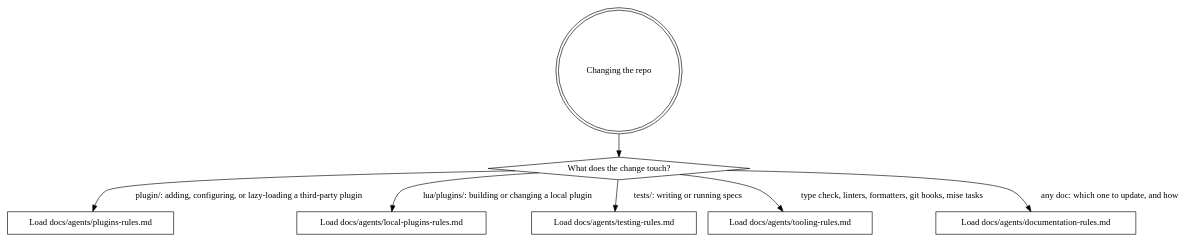
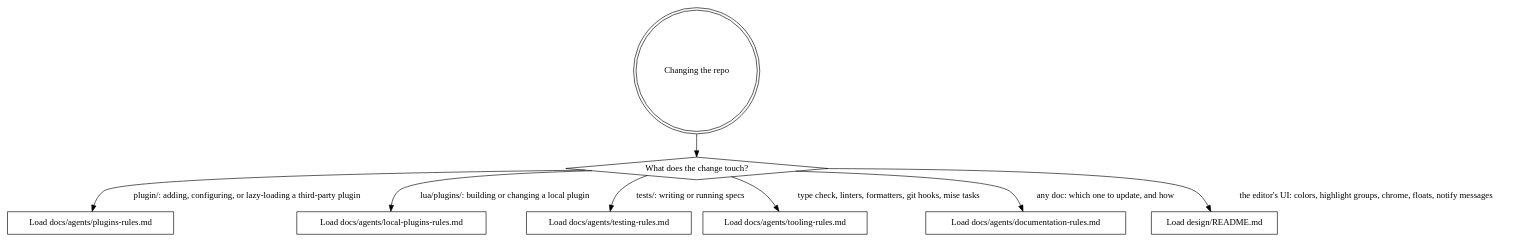
One commit to macintacos/nvim changed the diagram in AGENTS.md. Above: the diagram before and after it, drawn with Graphviz. The commit also changed 7 other files, not shown here.

First line of the commit message:
docs(design): record the editor UI's design direction

````diff
--- a/AGENTS.md
+++ b/AGENTS.md
@@ -63,15 +63,16 @@
 ```graphviz
 digraph rules_router {
     node [shape=box];
 
     "Changing the repo" [shape=doublecircle];
     "What does the change touch?" [shape=diamond];
 
     "Changing the repo" -> "What does the change touch?";
     "What does the change touch?" -> "Load docs/agents/plugins-rules.md" [label="plugin/: adding, configuring, or lazy-loading a third-party plugin"];
     "What does the change touch?" -> "Load docs/agents/local-plugins-rules.md" [label="lua/plugins/: building or changing a local plugin"];
     "What does the change touch?" -> "Load docs/agents/testing-rules.md" [label="tests/: writing or running specs"];
     "What does the change touch?" -> "Load docs/agents/tooling-rules.md" [label="type check, linters, formatters, git hooks, mise tasks"];
     "What does the change touch?" -> "Load docs/agents/documentation-rules.md" [label="any doc: which one to update, and how"];
+    "What does the change touch?" -> "Load design/README.md" [label="the editor's UI: colors, highlight groups, chrome, floats, notify messages"];
 }
 ```
````
